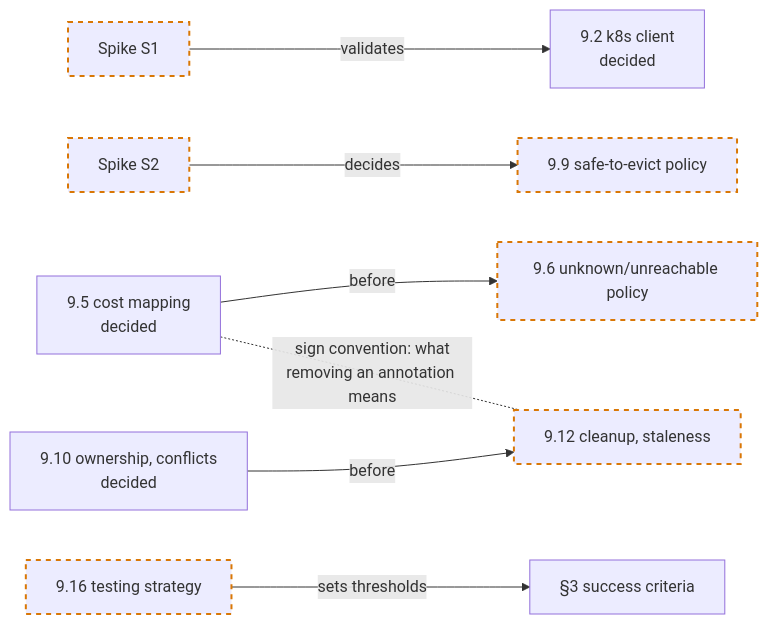
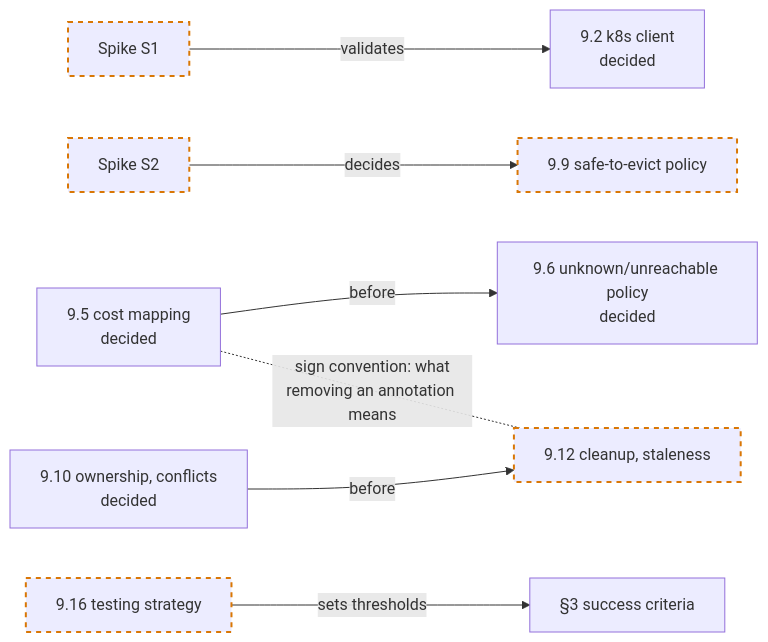
Before and after one commit to BiscuitBin/knarr: the tenth of 10 diagrams in docs/OVERVIEW.md, drawn with Mermaid. The commit also changed other lines of this file and 20 other files, not shown here.

First line of the commit message:
Settle the unknown and unreachable policy (ticket 21, §9.6)

````diff
--- a/docs/OVERVIEW.md
+++ b/docs/OVERVIEW.md
@@ -497,10 +491,10 @@
 ```mermaid
 flowchart LR
     S1[Spike S1]:::open -- "validates" --> D2["9.2 k8s client<br/>decided"]
     S2[Spike S2]:::open -- "decides" --> D9["9.9 safe-to-evict policy"]:::open
-    D5["9.5 cost mapping<br/>decided"] -- "before" --> D6["9.6 unknown/unreachable policy"]:::open
+    D5["9.5 cost mapping<br/>decided"] -- "before" --> D6["9.6 unknown/unreachable policy<br/>decided"]
     D10["9.10 ownership, conflicts<br/>decided"] -- "before" --> D12["9.12 cleanup, staleness"]:::open
     D5 -. "sign convention: what<br/>removing an annotation means" .- D12
     D16["9.16 testing strategy"]:::open -- "sets thresholds" --> SC["§3 success criteria"]
     classDef open stroke:#d97706,stroke-width:2px,stroke-dasharray:5 5
 ```
````
